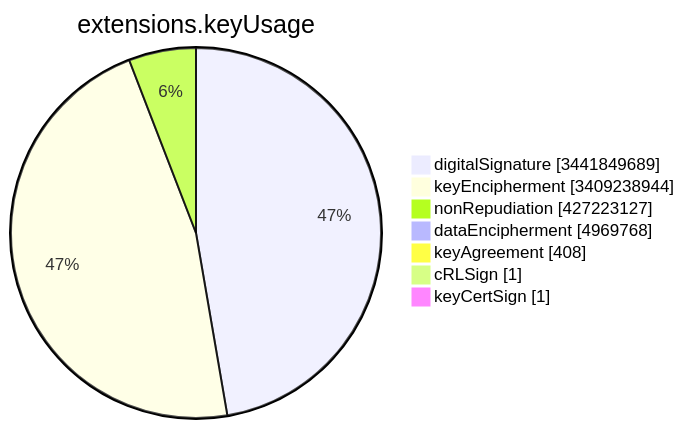
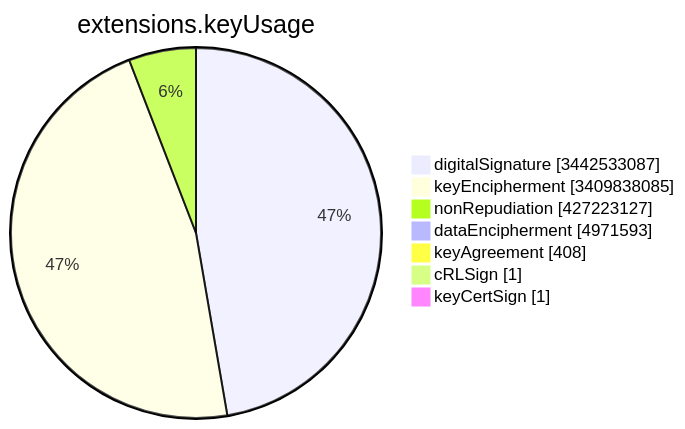
One commit to christiankrug/ctmonitor_visualization changed the sixth of 15 diagrams in TOTAL/README.md. Above: the diagram before and after it, drawn with Mermaid. The commit also changed other lines of this file, not shown here.

````diff
--- a/TOTAL/README.md
+++ b/TOTAL/README.md
@@ -3082,11 +3082,11 @@
 ```mermaid
 pie showData
 title extensions.keyUsage
-"digitalSignature" :3441849689
-"keyEncipherment" :3409238944
+"digitalSignature" :3442533087
+"keyEncipherment" :3409838085
 "nonRepudiation" :427223127
-"dataEncipherment" :4969768
+"dataEncipherment" :4971593
 "keyAgreement" :408
 "cRLSign" :1
 "keyCertSign" :1
 ```
````
